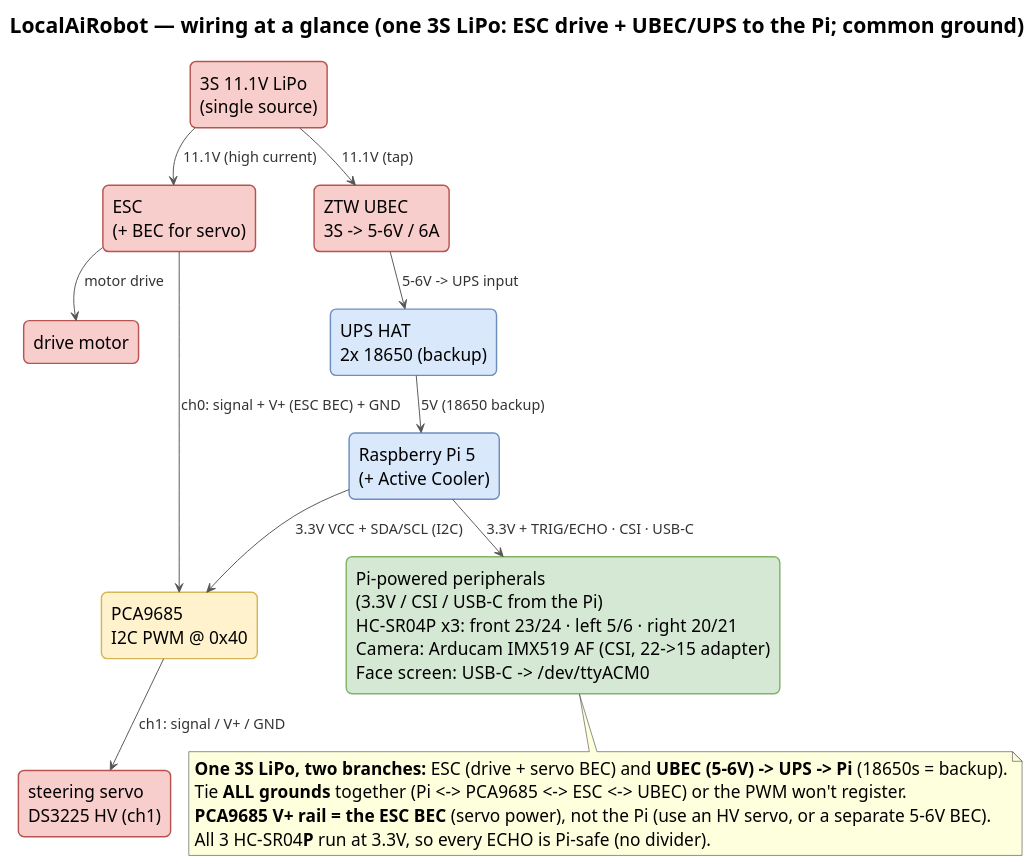
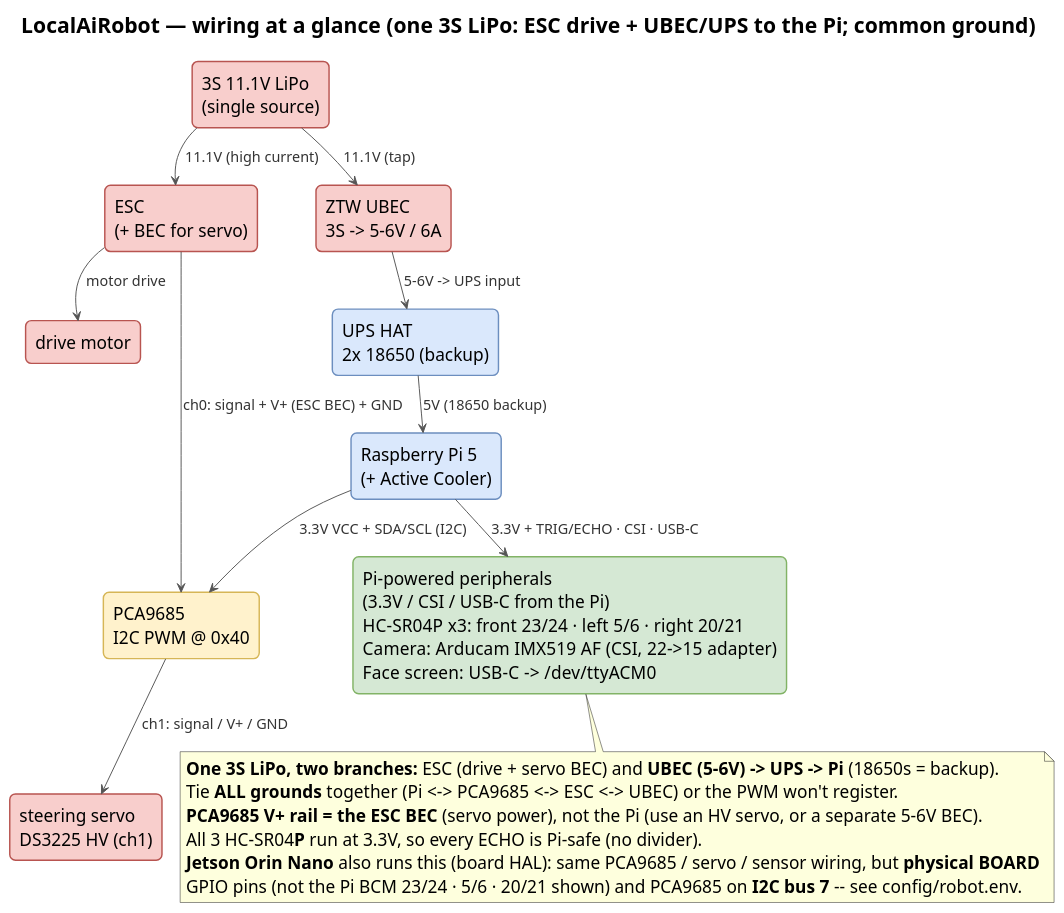
Before and after one commit to shen747/LocalAiRobot: the diagram in docs/images/wiring.puml, drawn with PlantUML. The commit also changed 5 other files, not shown here.

Commit message:
Document Jetson dual-board support (config/README/assembly) and make the control-flow + wiring diagrams board-neutral

```diff
--- a/docs/images/wiring.puml
+++ b/docs/images/wiring.puml
@@ -1,63 +1,65 @@
 @startuml wiring
 ' LocalAiRobot — "Wiring at a glance" connection map, TOP-TO-BOTTOM power flow (1 LiPo -> ESC + UBEC/UPS).
 ' This source lives next to its render. Regenerate in place (writes wiring.png here):
 '   plantuml -tpng docs/images/wiring.puml
 ' No Graphviz needed: !pragma layout smetana uses PlantUML's pure-Java layout engine.
 ' Vertical + larger fonts: no side-by-side domain boxes; the Pi's many peripherals collapse into one box.
 !pragma layout smetana
 top to bottom direction
 hide stereotype
 title LocalAiRobot — wiring at a glance (one 3S LiPo: ESC drive + UBEC/UPS to the Pi; common ground)
 
 skinparam backgroundColor white
 skinparam shadowing false
 skinparam defaultFontName Helvetica
 skinparam defaultFontSize 18
 skinparam TitleFontSize 22
 skinparam ArrowColor #555555
 skinparam ArrowFontColor #333333
 skinparam ArrowFontSize 15
 skinparam rectangle {
   RoundCorner 12
   FontSize 18
   BorderThickness 1.5
   BackgroundColor<<io>> #DAE8FC
   BorderColor<<io>> #6C8EBF
   BackgroundColor<<model>> #FFF2CC
   BorderColor<<model>> #D6B656
   BackgroundColor<<data>> #D5E8D4
   BorderColor<<data>> #82B366
   BackgroundColor<<motor>> #F8CECC
   BorderColor<<motor>> #B85450
   BackgroundColor<<store>> #F5F5F5
   BorderColor<<store>> #666666
 }
 
 rectangle "3S 11.1V LiPo\n(single source)" as lipo <<motor>>
 rectangle "ESC\n(+ BEC for servo)" as esc <<motor>>
 rectangle "drive motor" as motor <<motor>>
 rectangle "ZTW UBEC\n3S -> 5-6V / 6A" as ubec <<motor>>
 rectangle "UPS HAT\n2x 18650 (backup)" as ups <<io>>
 rectangle "Raspberry Pi 5\n(+ Active Cooler)" as pi <<io>>
 rectangle "PCA9685\nI2C PWM @ 0x40" as pca <<model>>
 rectangle "steering servo\nDS3225 HV (ch1)" as servo <<motor>>
 rectangle "Pi-powered peripherals\n(3.3V / CSI / USB-C from the Pi)\nHC-SR04P x3:  front 23/24 · left 5/6 · right 20/21\nCamera: Arducam IMX519 AF  (CSI, 22->15 adapter)\nFace screen:  USB-C -> /dev/ttyACM0" as periph <<data>>
 
 ' ---- power flows top -> bottom ----
 lipo --> esc  : 11.1V (high current)
 lipo --> ubec : 11.1V (tap)
 esc  --> motor : motor drive
 ubec --> ups  : 5-6V -> UPS input
 ups  --> pi   : 5V (18650 backup)
 esc  --> pca  : ch0: signal + V+ (ESC BEC) + GND
 pi   --> pca  : 3.3V VCC + SDA/SCL (I2C)
 pca  --> servo : ch1: signal / V+ / GND
 pi   --> periph : 3.3V + TRIG/ECHO · CSI · USB-C
 
 note bottom of periph
   **One 3S LiPo, two branches:** ESC (drive + servo BEC) and **UBEC (5-6V) -> UPS -> Pi** (18650s = backup).
   Tie **ALL grounds** together (Pi <-> PCA9685 <-> ESC <-> UBEC) or the PWM won't register.
   **PCA9685 V+ rail = the ESC BEC** (servo power), not the Pi (use an HV servo, or a separate 5-6V BEC).
   All 3 HC-SR04**P** run at 3.3V, so every ECHO is Pi-safe (no divider).
+  **Jetson Orin Nano** also runs this (board HAL): same PCA9685 / servo / sensor wiring, but **physical BOARD**
+  GPIO pins (not the Pi BCM 23/24 · 5/6 · 20/21 shown) and PCA9685 on **I2C bus 7** -- see config/robot.env.
 end note
 @enduml
```
